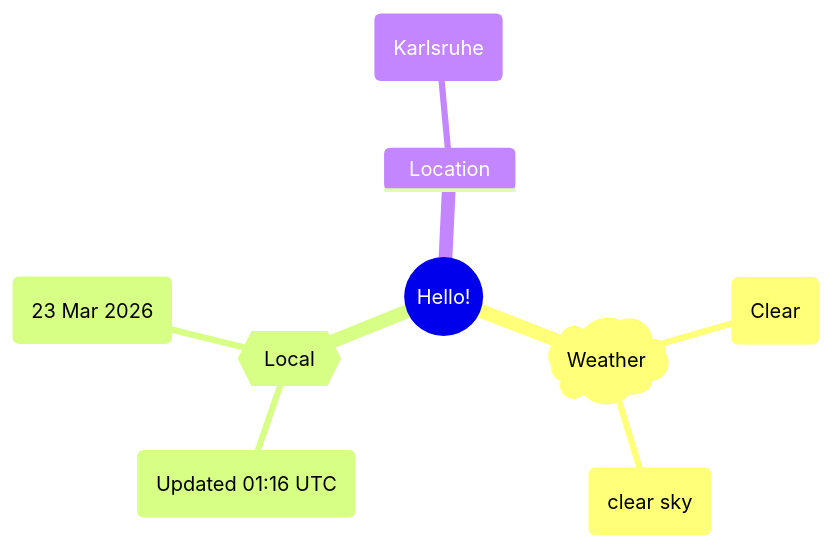
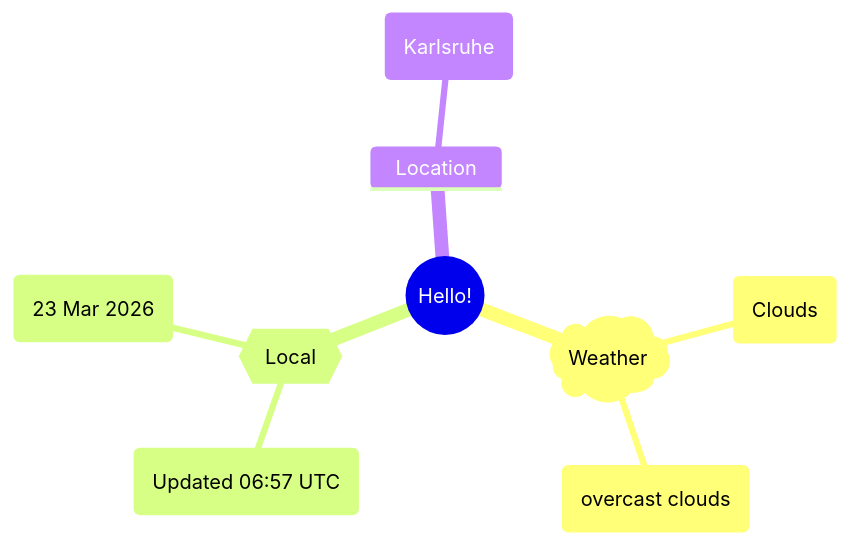
Before and after one commit to Xosrov/Xosrov: the first of 2 diagrams in README.md, drawn with Mermaid.

Commit message:
[bot] updated images

````diff
--- a/README.md
+++ b/README.md
@@ -3,12 +3,12 @@
 ```mermaid
 mindmap
   root((Hello!))
     )Weather(
-        (Clear)
-        (clear sky)
+        (Clouds)
+        (overcast clouds)
     {{Local}}
-        (Updated 01:16 UTC)
+        (Updated 06:57 UTC)
         (23 Mar 2026)
     Location
         (Karlsruhe)
 ```
````
